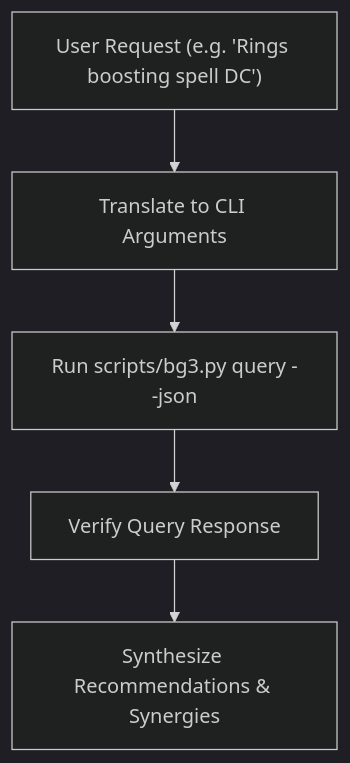
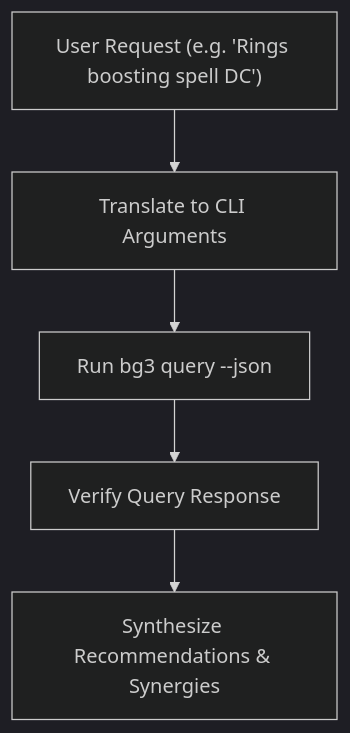
Before and after one commit to jpelton-stroud/bg3-mod-studio: the diagram in .agents/skills/bg3-query-gear/SKILL.md, drawn with Mermaid (dark theme). The commit also changed other lines of this file and 161 other files, not shown here.

````diff
--- a/.agents/skills/bg3-query-gear/SKILL.md
+++ b/.agents/skills/bg3-query-gear/SKILL.md
@@ -17,7 +17,7 @@
 ```mermaid
 flowchart TD
     UserQuery["User Request (e.g. 'Rings boosting spell DC')"] --> Translate["Translate to CLI Arguments"]
-    Translate --> Query["Run scripts/bg3.py query --json"]
+    Translate --> Query["Run bg3 query --json"]
     Query --> Verify["Verify Query Response"]
     Verify --> Synthesize["Synthesize Recommendations & Synergies"]
 ```
````
